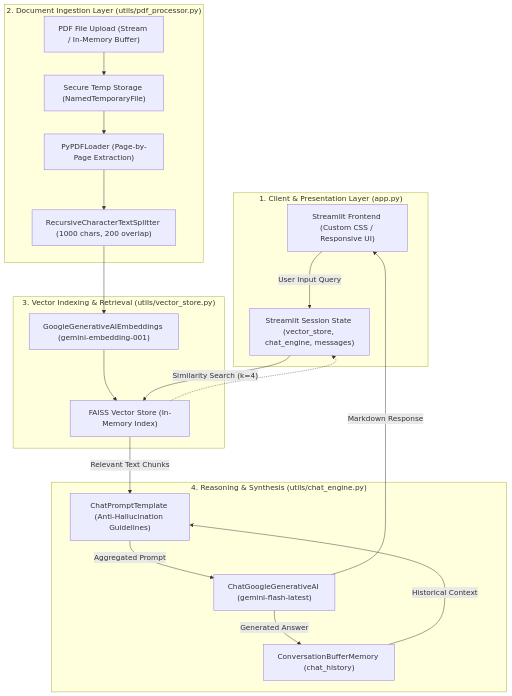
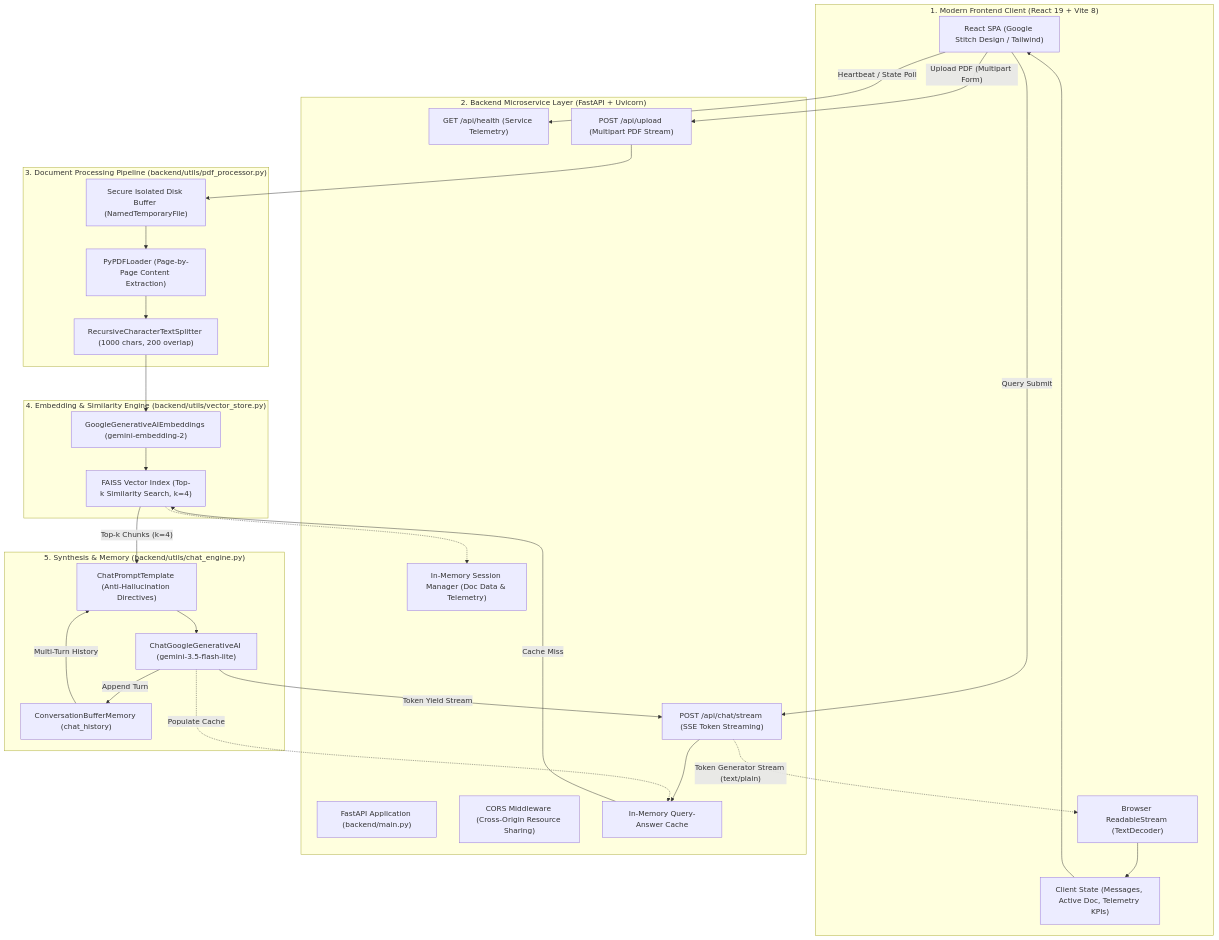
One commit to Shakir5665/DocQuery-AI changed the first of 4 diagrams in TECHNICAL_REPORT.md. Above: the diagram before and after it, drawn with Mermaid. The commit also changed other lines of this file and 6 other files, not shown here.

Commit message:
feat: add React 19 frontend and update branding with custom logo assets

````diff
--- a/TECHNICAL_REPORT.md
+++ b/TECHNICAL_REPORT.md
@@ -38,42 +48,61 @@
 ```mermaid
 flowchart TD
-    subgraph ClientLayer["1. Client & Presentation Layer (app.py)"]
-        UI["Streamlit Frontend (Custom CSS / Responsive UI)"]
-        State["Streamlit Session State (vector_store, chat_engine, messages)"]
+    subgraph ClientTier["1. Modern Frontend Client (React 19 + Vite 8)"]
+        UI["React SPA (Google Stitch Design / Tailwind)"]
+        StreamConsumer["Browser ReadableStream (TextDecoder)"]
+        StateStore["Client State (Messages, Active Doc, Telemetry KPIs)"]
     end
 
-    subgraph IngestionLayer["2. Document Ingestion Layer (utils/pdf_processor.py)"]
-        Upload["PDF File Upload (Stream / In-Memory Buffer)"]
-        TempFile["Secure Temp Storage (NamedTemporaryFile)"]
-        PDFLoader["PyPDFLoader (Page-by-Page Extraction)"]
+    subgraph APITier["2. Backend Microservice Layer (FastAPI + Uvicorn)"]
+        Router["FastAPI Application (backend/main.py)"]
+        CORS["CORS Middleware (Cross-Origin Resource Sharing)"]
+        HealthEP["GET /api/health (Service Telemetry)"]
+        UploadEP["POST /api/upload (Multipart PDF Stream)"]
+        StreamEP["POST /api/chat/stream (SSE Token Streaming)"]
+        Cache["In-Memory Query-Answer Cache"]
+        SessionStore["In-Memory Session Manager (Doc Data & Telemetry)"]
+    end
+
+    subgraph IngestionPipeline["3. Document Processing Pipeline (backend/utils/pdf_processor.py)"]
+        TempDisk["Secure Isolated Disk Buffer (NamedTemporaryFile)"]
+        PyPDF["PyPDFLoader (Page-by-Page Content Extraction)"]
         Splitter["RecursiveCharacterTextSplitter (1000 chars, 200 overlap)"]
     end
 
-    subgraph VectorLayer["3. Vector Indexing & Retrieval (utils/vector_store.py)"]
-        GeminiEmbed["GoogleGenerativeAIEmbeddings (gemini-embedding-001)"]
-        FAISSIndex["FAISS Vector Store (In-Memory Index)"]
+    subgraph VectorSearch["4. Embedding & Similarity Engine (backend/utils/vector_store.py)"]
+        GeminiEmbed["GoogleGenerativeAIEmbeddings (gemini-embedding-2)"]
+        FAISS["FAISS Vector Index (Top-k Similarity Search, k=4)"]
     end
 
-    subgraph GenerationLayer["4. Reasoning & Synthesis (utils/chat_engine.py)"]
-        PromptTpl["ChatPromptTemplate (Anti-Hallucination Guidelines)"]
-        Memory["ConversationBufferMemory (chat_history)"]
-        GeminiLLM["ChatGoogleGenerativeAI (gemini-flash-latest)"]
+    subgraph GenerativeReasoning["5. Synthesis & Memory (backend/utils/chat_engine.py)"]
+        PromptEngine["ChatPromptTemplate (Anti-Hallucination Directives)"]
+        MemoryBuffer["ConversationBufferMemory (chat_history)"]
+        GeminiLLM["ChatGoogleGenerativeAI (gemini-3.5-flash-lite)"]
     end
 
-    %% Ingestion Pipeline Connections
-    Upload --> TempFile
-    TempFile --> PDFLoader
-    PDFLoader --> Splitter
+    %% Client - Backend Network
+    UI -->|"Upload PDF (Multipart Form)"| UploadEP
+    UI -->|"Query Submit"| StreamEP
+    UI -->|"Heartbeat / State Poll"| HealthEP
+    StreamEP -.->|"Token Generator Stream (text/plain)"| StreamConsumer
+    StreamConsumer --> StateStore
+    StateStore --> UI
+
+    %% Backend Ingestion Connections
+    UploadEP --> TempDisk
+    TempDisk --> PyPDF
+    PyPDF --> Splitter
     Splitter --> GeminiEmbed
-    GeminiEmbed --> FAISSIndex
-    FAISSIndex -.-> State
+    GeminiEmbed --> FAISS
+    FAISS -.-> SessionStore
 
-    %% Query Pipeline Connections
-    UI -->|"User Input Query"| State
-    State -->|"Similarity Search (k=4)"| FAISSIndex
-    FAISSIndex -->|"Relevant Text Chunks"| PromptTpl
-    Memory -->|"Historical Context"| PromptTpl
-    PromptTpl -->|"Aggregated Prompt"| GeminiLLM
-    GeminiLLM -->|"Generated Answer"| Memory
-    GeminiLLM -->|"Markdown Response"| UI
+    %% Query Pipeline
+    StreamEP --> Cache
+    Cache -->|"Cache Miss"| FAISS
+    FAISS -->|"Top-k Chunks (k=4)"| PromptEngine
+    MemoryBuffer -->|"Multi-Turn History"| PromptEngine
+    PromptEngine --> GeminiLLM
+    GeminiLLM -->|"Token Yield Stream"| StreamEP
+    GeminiLLM -->|"Append Turn"| MemoryBuffer
+    GeminiLLM -.->|"Populate Cache"| Cache
 ```
````
